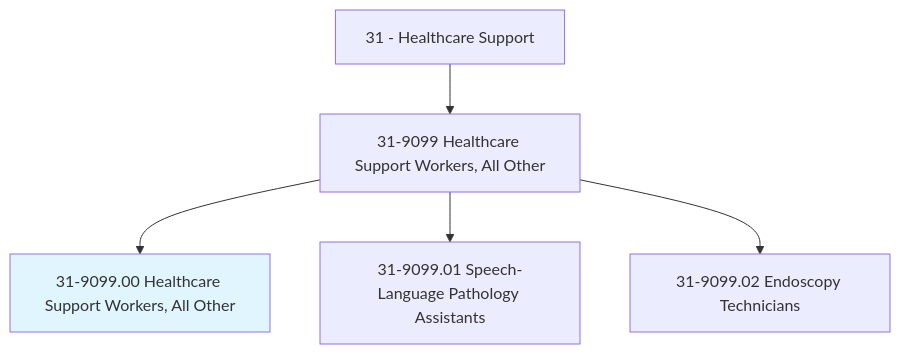
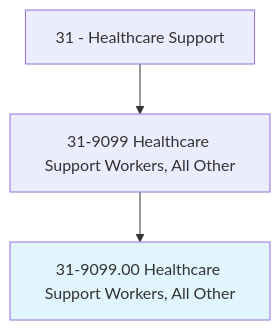
Before and after one commit to kziemski/business.org.ai: the first of 4 diagrams in occupations/HealthcareSupport/HealthcareSupportWorkers.mdx, drawn with Mermaid. The commit also changed other lines of this file and 938 other files, not shown here.

````diff
--- a/occupations/HealthcareSupport/HealthcareSupportWorkers.mdx
+++ b/occupations/HealthcareSupport/HealthcareSupportWorkers.mdx
@@ -19,8 +23,6 @@
 ```mermaid
 graph TD
     Cat31["31 - Healthcare Support"] --> Group319099["31-9099 Healthcare Support Workers, All Other"]
     Group319099 --> Current["31-9099.00 Healthcare Support Workers, All Other"]
     style Current fill:#e1f5fe
-    Group319099 --> V31909901["31-9099.01 Speech-Language Pathology Assistants"]
-    Group319099 --> V31909902["31-9099.02 Endoscopy Technicians"]
 ```
````
